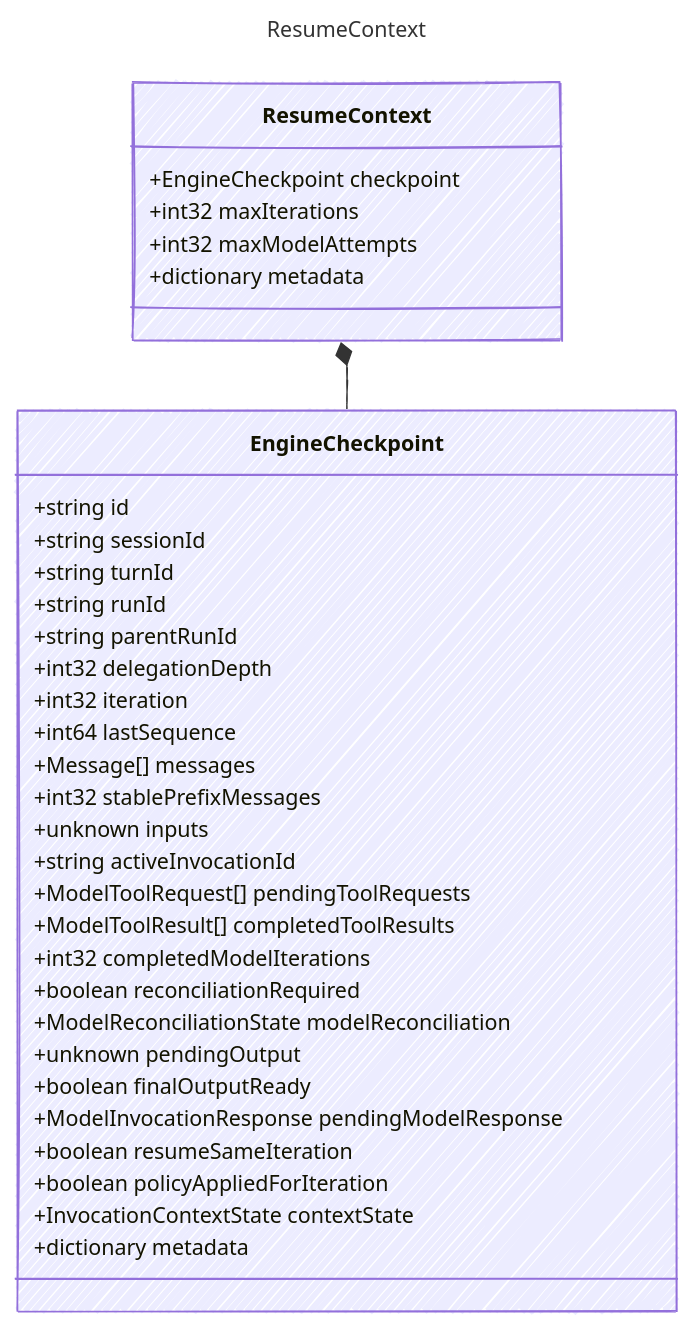
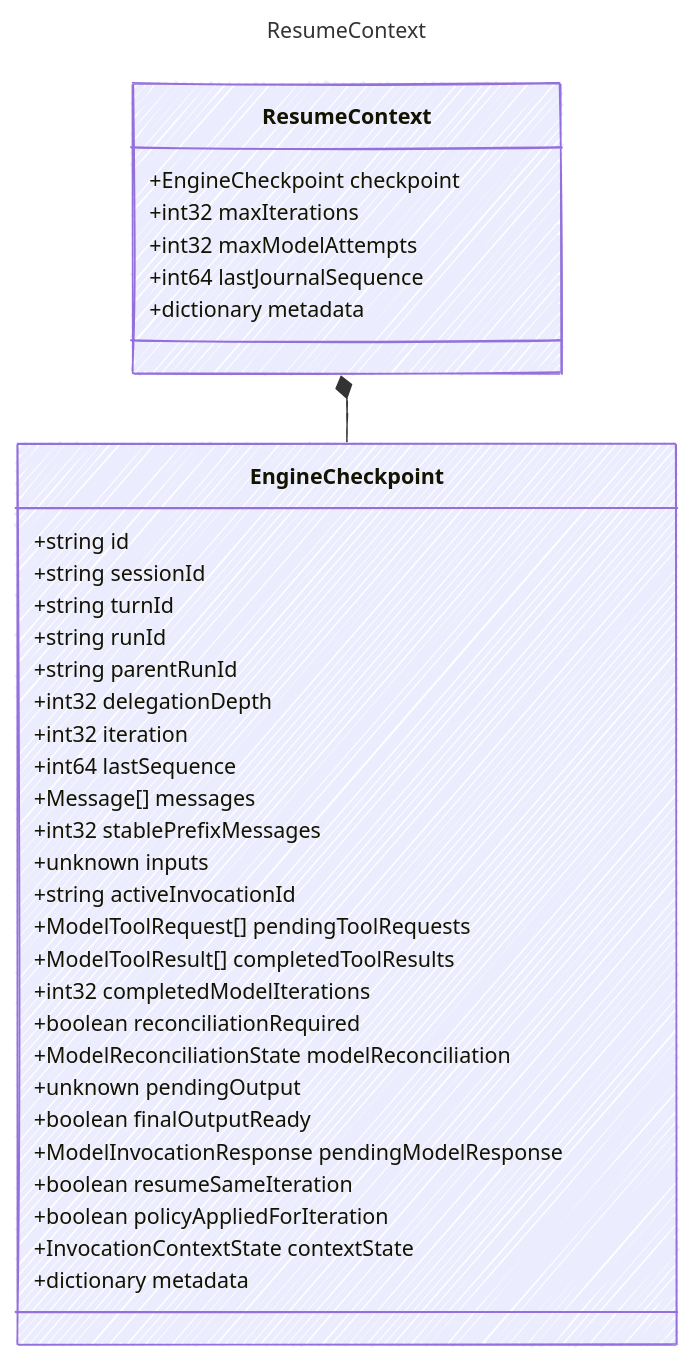
The diagram in web/src/content/docs/reference/ResumeContext.md (microsoft/prompty), drawn with Mermaid before and after one commit. The commit also changed other lines of this file and 18 other files, not shown here.

````diff
--- a/web/src/content/docs/reference/ResumeContext.md
+++ b/web/src/content/docs/reference/ResumeContext.md
@@ -15,44 +15,45 @@
 ```mermaid
 ---
 title: ResumeContext
 config:
   look: handDrawn
   theme: colorful
   class:
     hideEmptyMembersBox: true
 ---
 classDiagram
     class ResumeContext {
         +EngineCheckpoint checkpoint
         +int32 maxIterations
         +int32 maxModelAttempts
+        +int64 lastJournalSequence
         +dictionary metadata
     }
     class EngineCheckpoint {
         +string id
         +string sessionId
         +string turnId
         +string runId
         +string parentRunId
         +int32 delegationDepth
         +int32 iteration
         +int64 lastSequence
         +Message[] messages
         +int32 stablePrefixMessages
         +unknown inputs
         +string activeInvocationId
         +ModelToolRequest[] pendingToolRequests
         +ModelToolResult[] completedToolResults
         +int32 completedModelIterations
         +boolean reconciliationRequired
         +ModelReconciliationState modelReconciliation
         +unknown pendingOutput
         +boolean finalOutputReady
         +ModelInvocationResponse pendingModelResponse
         +boolean resumeSameIteration
         +boolean policyAppliedForIteration
         +InvocationContextState contextState
         +dictionary metadata
     }
     ResumeContext *-- EngineCheckpoint
 ```
````
